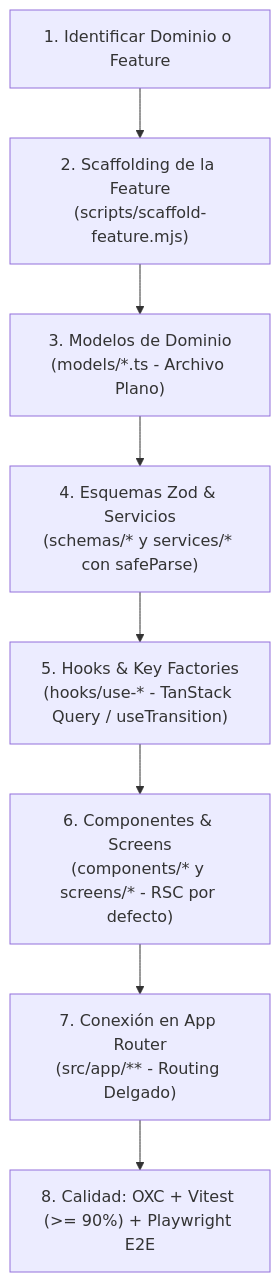
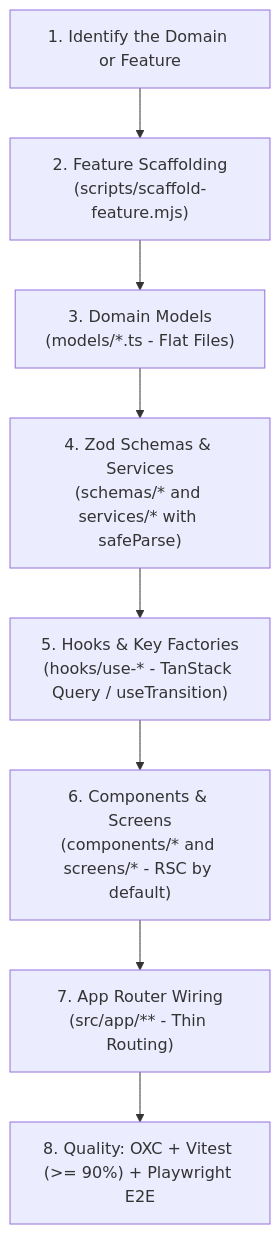
The diagram in skills/architecture/nextjs-architecture/SKILL.md (bryanus1/agent-skills), drawn with Mermaid before and after one commit. The commit also changed other lines of this file and 55 other files, not shown here.

First line of the commit message:
docs(architecture): translate the architecture skills to English (#31)

````diff
--- a/skills/architecture/nextjs-architecture/SKILL.md
+++ b/skills/architecture/nextjs-architecture/SKILL.md
@@ -50,10 +52,10 @@
 ```mermaid
 flowchart TD
-    A["1. Identificar Dominio o Feature"] --> B["2. Scaffolding de la Feature\n(scripts/scaffold-feature.mjs)"]
-    B --> C["3. Modelos de Dominio\n(models/*.ts - Archivo Plano)"]
-    C --> D["4. Esquemas Zod & Servicios\n(schemas/* y services/* con safeParse)"]
+    A["1. Identify the Domain or Feature"] --> B["2. Feature Scaffolding\n(scripts/scaffold-feature.mjs)"]
+    B --> C["3. Domain Models\n(models/*.ts - Flat Files)"]
+    C --> D["4. Zod Schemas & Services\n(schemas/* and services/* with safeParse)"]
     D --> E["5. Hooks & Key Factories\n(hooks/use-* - TanStack Query / useTransition)"]
-    E --> F["6. Componentes & Screens\n(components/* y screens/* - RSC por defecto)"]
-    F --> G["7. Conexión en App Router\n(src/app/** - Routing Delgado)"]
-    G --> H["8. Calidad: OXC + Vitest (>= 90%) + Playwright E2E"]
+    E --> F["6. Components & Screens\n(components/* and screens/* - RSC by default)"]
+    F --> G["7. App Router Wiring\n(src/app/** - Thin Routing)"]
+    G --> H["8. Quality: OXC + Vitest (>= 90%) + Playwright E2E"]
 ```
````
